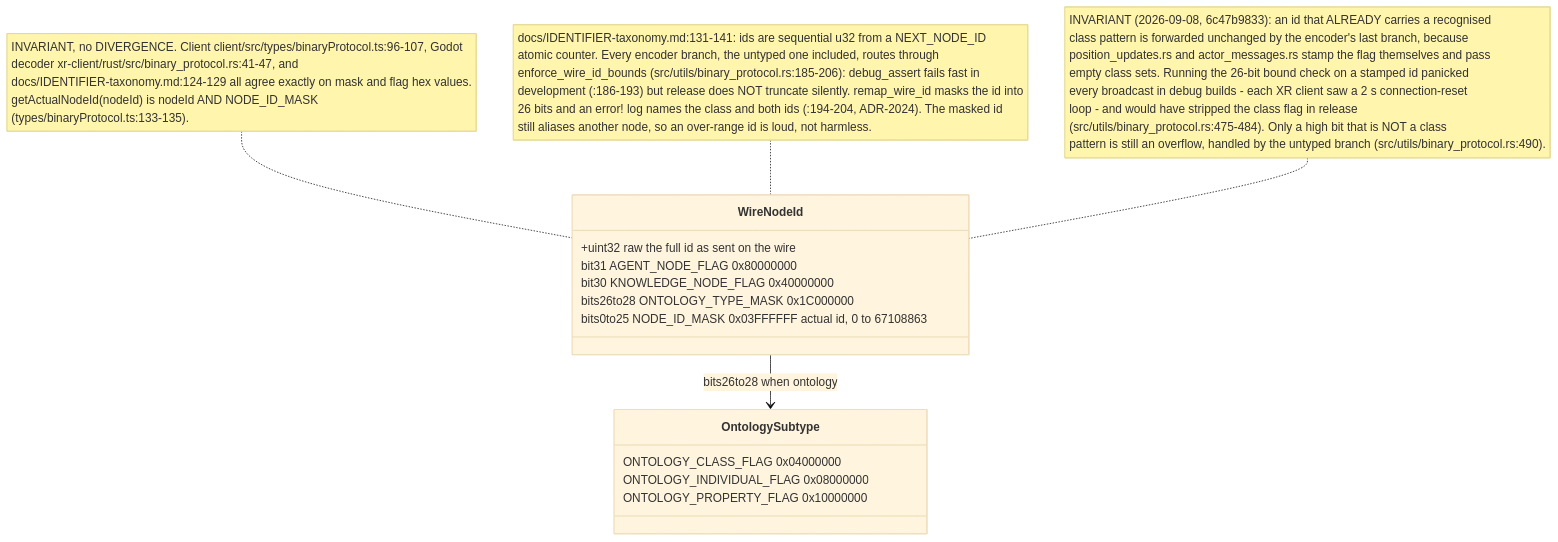
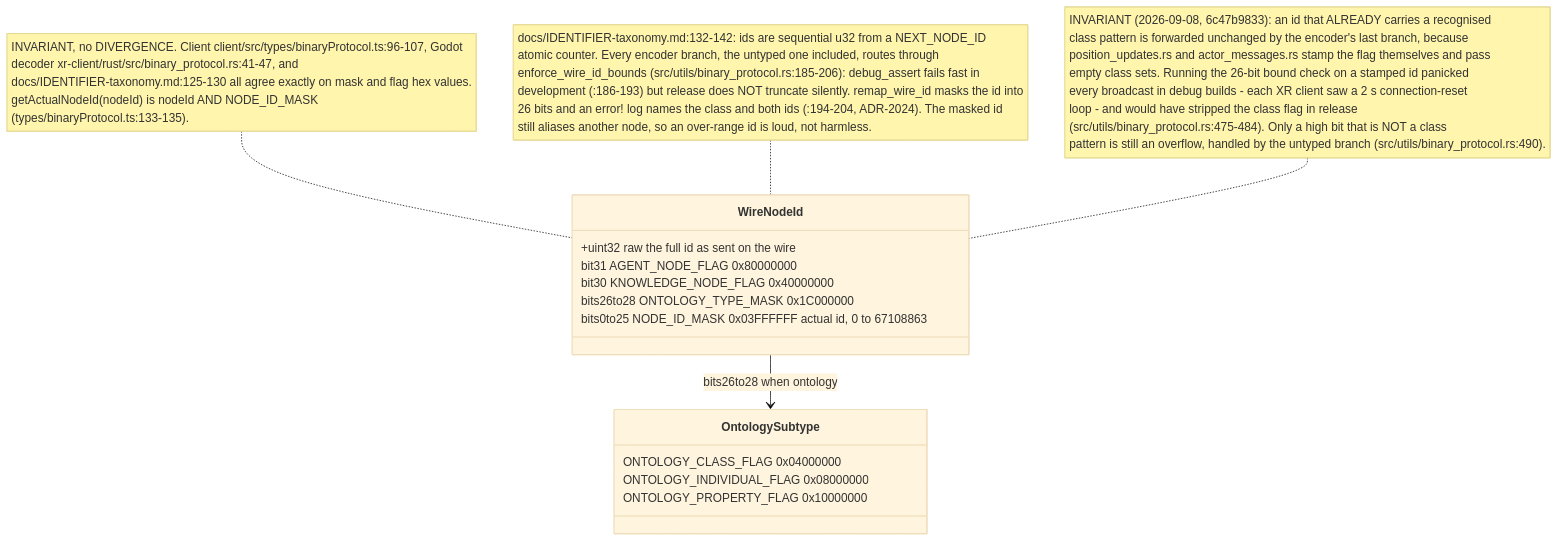
Before and after one commit to DreamLab-AI/VisionFlow: the sixth of 14 diagrams in docs/diagrams/visionclaw/32-client-websocket-and-binary.md, drawn with Mermaid (base theme). The commit also changed other lines of this file and 151 other files, not shown here.

````diff
--- a/docs/diagrams/visionclaw/32-client-websocket-and-binary.md
+++ b/docs/diagrams/visionclaw/32-client-websocket-and-binary.md
@@ -292,19 +292,19 @@
 ```mermaid
 classDiagram
     class WireNodeId {
       +uint32 raw  the full id as sent on the wire
       bit31 AGENT_NODE_FLAG 0x80000000
       bit30 KNOWLEDGE_NODE_FLAG 0x40000000
       bits26to28 ONTOLOGY_TYPE_MASK 0x1C000000
       bits0to25 NODE_ID_MASK 0x03FFFFFF  actual id, 0 to 67108863
     }
     class OntologySubtype {
       ONTOLOGY_CLASS_FLAG 0x04000000
       ONTOLOGY_INDIVIDUAL_FLAG 0x08000000
       ONTOLOGY_PROPERTY_FLAG 0x10000000
     }
     WireNodeId --> OntologySubtype : bits26to28 when ontology
-    note for WireNodeId "INVARIANT, no DIVERGENCE. Client client/src/types/binaryProtocol.ts:96-107, Godot<br/>decoder xr-client/rust/src/binary_protocol.rs:41-47, and<br/>docs/IDENTIFIER-taxonomy.md:124-129 all agree exactly on mask and flag hex values.<br/>getActualNodeId(nodeId) is nodeId AND NODE_ID_MASK<br/>(types/binaryProtocol.ts:133-135)."
-    note for WireNodeId "docs/IDENTIFIER-taxonomy.md:131-141: ids are sequential u32 from a NEXT_NODE_ID<br/>atomic counter. Every encoder branch, the untyped one included, routes through<br/>enforce_wire_id_bounds (src/utils/binary_protocol.rs:185-206): debug_assert fails fast in<br/>development (:186-193) but release does NOT truncate silently. remap_wire_id masks the id into<br/>26 bits and an error! log names the class and both ids (:194-204, ADR-2024). The masked id<br/>still aliases another node, so an over-range id is loud, not harmless."
+    note for WireNodeId "INVARIANT, no DIVERGENCE. Client client/src/types/binaryProtocol.ts:96-107, Godot<br/>decoder xr-client/rust/src/binary_protocol.rs:41-47, and<br/>docs/IDENTIFIER-taxonomy.md:125-130 all agree exactly on mask and flag hex values.<br/>getActualNodeId(nodeId) is nodeId AND NODE_ID_MASK<br/>(types/binaryProtocol.ts:133-135)."
+    note for WireNodeId "docs/IDENTIFIER-taxonomy.md:132-142: ids are sequential u32 from a NEXT_NODE_ID<br/>atomic counter. Every encoder branch, the untyped one included, routes through<br/>enforce_wire_id_bounds (src/utils/binary_protocol.rs:185-206): debug_assert fails fast in<br/>development (:186-193) but release does NOT truncate silently. remap_wire_id masks the id into<br/>26 bits and an error! log names the class and both ids (:194-204, ADR-2024). The masked id<br/>still aliases another node, so an over-range id is loud, not harmless."
     note for WireNodeId "INVARIANT (2026-09-08, 6c47b9833): an id that ALREADY carries a recognised<br/>class pattern is forwarded unchanged by the encoder's last branch, because<br/>position_updates.rs and actor_messages.rs stamp the flag themselves and pass<br/>empty class sets. Running the 26-bit bound check on a stamped id panicked<br/>every broadcast in debug builds - each XR client saw a 2 s connection-reset<br/>loop - and would have stripped the class flag in release<br/>(src/utils/binary_protocol.rs:475-484). Only a high bit that is NOT a class<br/>pattern is still an overflow, handled by the untyped branch (src/utils/binary_protocol.rs:490)."
 ```
````
